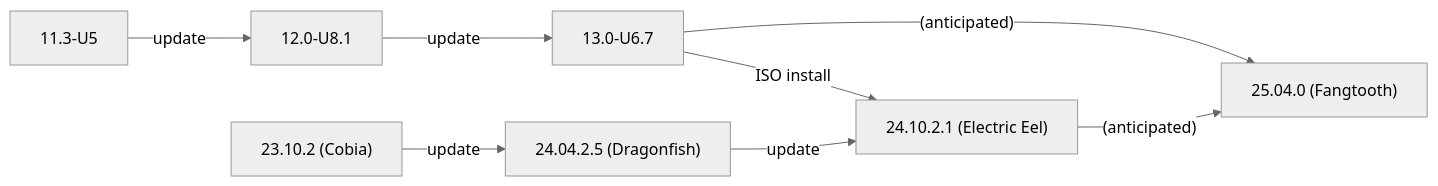
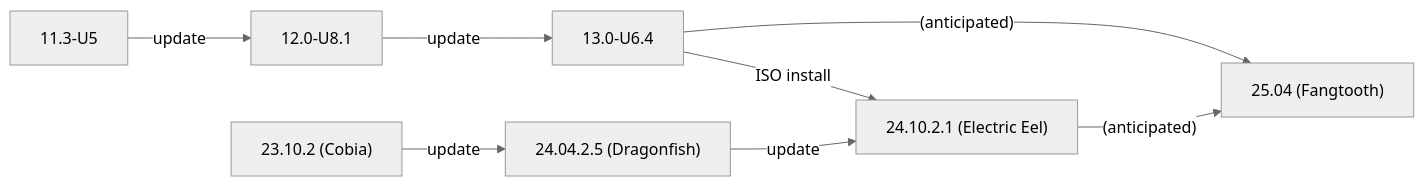
One commit to truenas/documentation changed the second of 2 diagrams in static/includes/SCALEUpgradePaths.md. Above: the diagram before and after it, drawn with Mermaid (neutral theme). The commit also changed other lines of this file, not shown here.

```diff
--- a/static/includes/SCALEUpgradePaths.md
+++ b/static/includes/SCALEUpgradePaths.md
@@ -87,11 +87,11 @@
           {{< mermaid class="mermaid_sizing" >}}
           flowchart LR
             A["11.3-U5"] -->|update| B
             B["12.0-U8.1"] -->|update| C
-            C["13.0-U6.7"] -->|ISO install| F
-            C["13.0-U6.7"] -->|"(anticipated)"| G
+            C["13.0-U6.4"] -->|ISO install| F
+            C["13.0-U6.4"] -->|"(anticipated)"| G
             D["23.10.2 (Cobia)"] -->|update| E
             E["24.04.2.5 (Dragonfish)"]  -->|update| F
             F["24.10.2.1 (Electric Eel)"] -->|"(anticipated)"| G
-            G["25.04.0 (Fangtooth)"]
+            G["25.04 (Fangtooth)"]
           {{< /mermaid >}}
```
